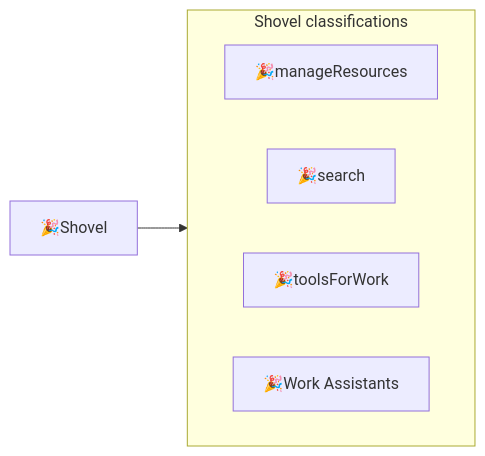
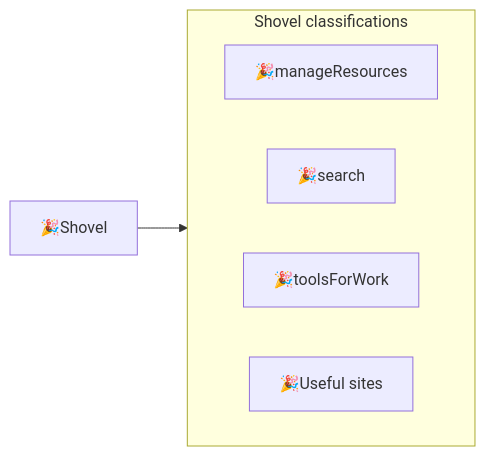
One commit to mindulle/garden changed the diagram in content/Develop/Seeds/Shovel/🎉Shovel.md. Above: the diagram before and after it, drawn with Mermaid. The commit also changed other lines of this file and 50 other files, not shown here.

````diff
--- a/content/Develop/Seeds/Shovel/🎉Shovel.md
+++ b/content/Develop/Seeds/Shovel/🎉Shovel.md
@@ -20,12 +20,12 @@
 ```mermaid
 flowchart LR
 	HERE[&#127881Shovel]
 	subgraph triage[Shovel classifications]
 		direction LR
 		manageResources[&#127881manageResources]
 		Search[&#127881search]
 		toolsForWork[&#127881toolsForWork]
-		workAssistnats[&#127881Work Assistants]
+		usefulSites[&#127881Useful sites]
 	end
 	HERE --> triage
 ```
````
